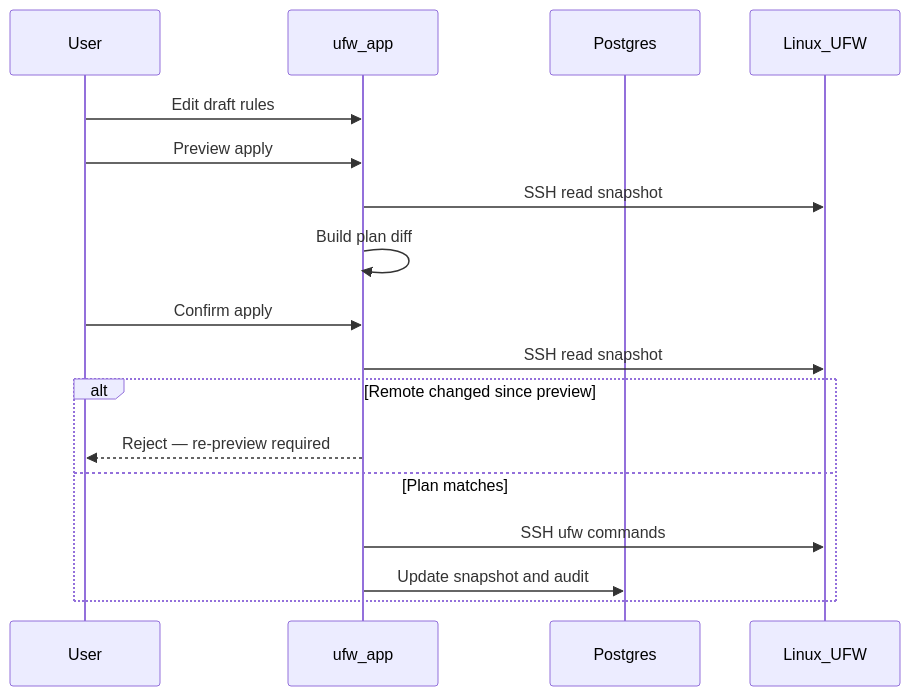
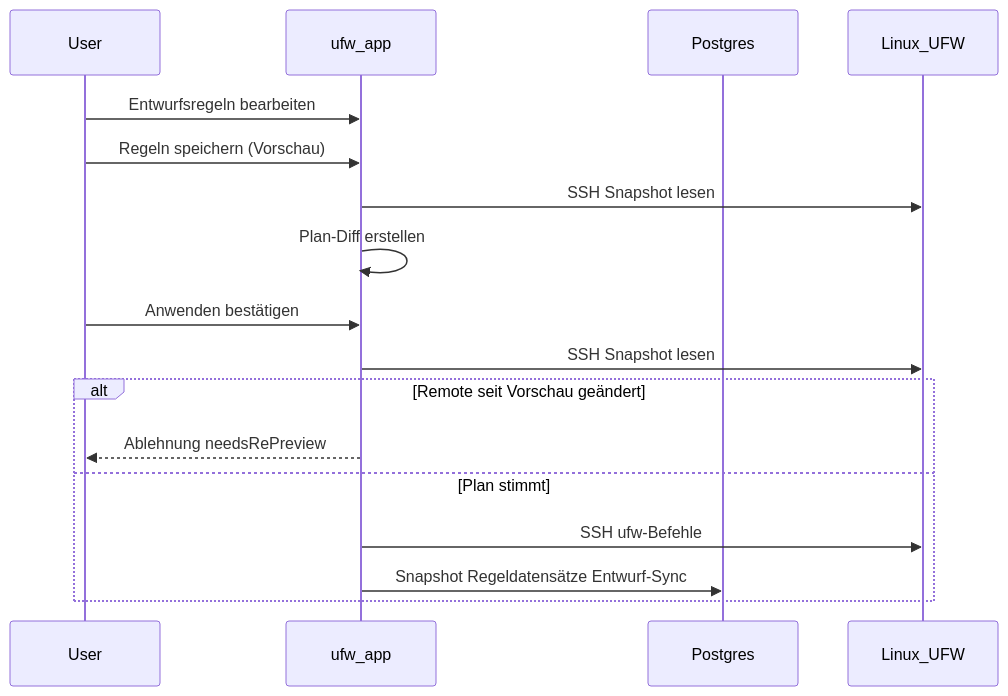
The diagram in docs/de/concepts/draft-apply-workflow.md (finenumbers/ufw), drawn with Mermaid before and after one commit. The commit also changed other lines of this file and 204 other files, not shown here.

````diff
--- a/docs/de/concepts/draft-apply-workflow.md
+++ b/docs/de/concepts/draft-apply-workflow.md
@@ -37,20 +45,20 @@
 ```mermaid
 sequenceDiagram
   participant User
   participant App as ufw_app
   participant DB as Postgres
   participant Remote as Linux_UFW
 
-  User->>App: Edit draft rules
-  User->>App: Preview apply
-  App->>Remote: SSH read snapshot
-  App->>App: Build plan diff
-  User->>App: Confirm apply
-  App->>Remote: SSH read snapshot
-  alt Remote changed since preview
-    App-->>User: Reject — re-preview required
-  else Plan matches
-    App->>Remote: SSH ufw commands
-    App->>DB: Update snapshot and audit
+  User->>App: Entwurfsregeln bearbeiten
+  User->>App: Regeln speichern (Vorschau)
+  App->>Remote: SSH Snapshot lesen
+  App->>App: Plan-Diff erstellen
+  User->>App: Anwenden bestätigen
+  App->>Remote: SSH Snapshot lesen
+  alt Remote seit Vorschau geändert
+    App-->>User: Ablehnung needsRePreview
+  else Plan stimmt
+    App->>Remote: SSH ufw-Befehle
+    App->>DB: Snapshot Regeldatensätze Entwurf-Sync
   end
 ```
````
